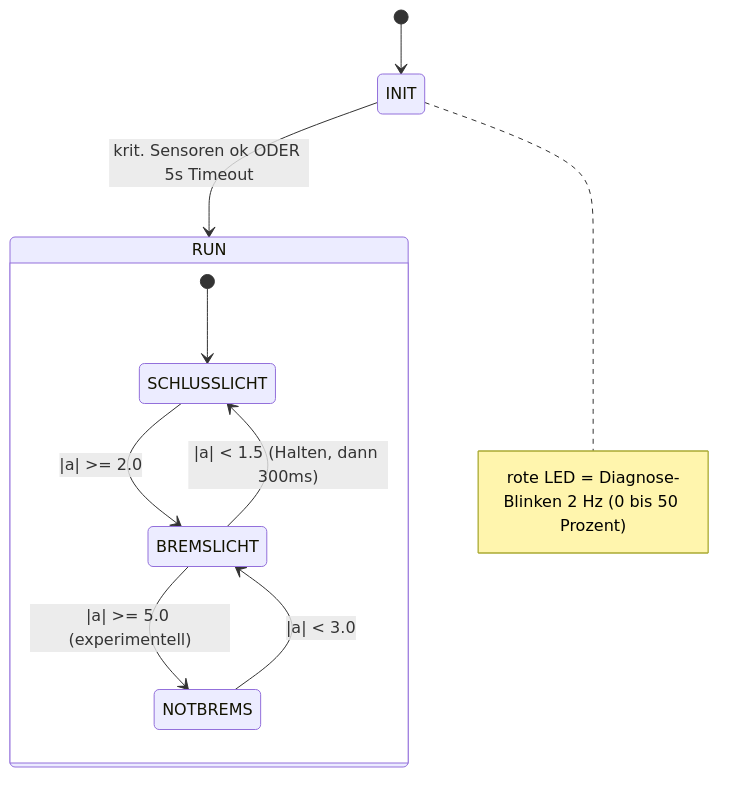
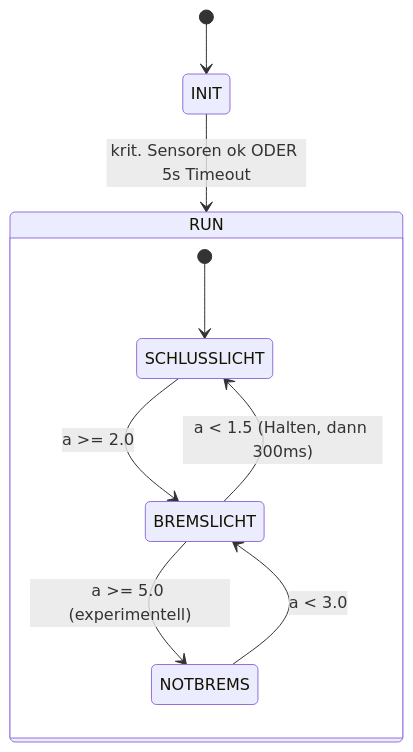
One commit to lucakrahl/smart-bike-rearlight changed the first of 2 diagrams in docs/project_bible.md. Above: the diagram before and after it, drawn with Mermaid. The commit also changed other lines of this file and 16 other files, not shown here.

````diff
--- a/docs/project_bible.md
+++ b/docs/project_bible.md
@@ -410,15 +470,12 @@
 ```mermaid
 stateDiagram-v2
     [*] --> INIT
     INIT --> RUN: krit. Sensoren ok ODER 5s Timeout
-    note right of INIT
-        rote LED = Diagnose-Blinken 2 Hz (0 bis 50 Prozent)
-    end note
     state RUN {
         [*] --> SCHLUSSLICHT
-        SCHLUSSLICHT --> BREMSLICHT: |a| >= 2.0
-        BREMSLICHT --> SCHLUSSLICHT: |a| < 1.5 (Halten, dann 300ms)
-        BREMSLICHT --> NOTBREMS: |a| >= 5.0 (experimentell)
-        NOTBREMS --> BREMSLICHT: |a| < 3.0
+        SCHLUSSLICHT --> BREMSLICHT: a >= 2.0
+        BREMSLICHT --> SCHLUSSLICHT: a < 1.5 (Halten, dann 300ms)
+        BREMSLICHT --> NOTBREMS: a >= 5.0 (experimentell)
+        NOTBREMS --> BREMSLICHT: a < 3.0
     }
 ```
````
